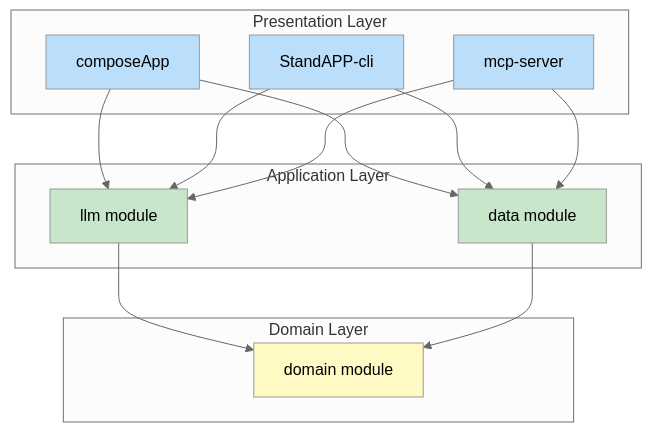
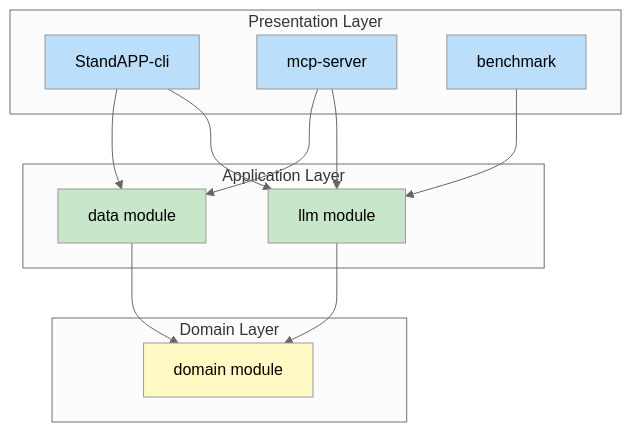
The first of 2 diagrams in docs/modules/architecture/pages/04-solution-strategy.adoc (michalharakal/Daily-StandAPP), drawn with Mermaid (neutral theme) before and after one commit. The commit also changed other lines of this file and 10 other files, not shown here.

First line of the commit message:
Update arc42 architecture docs to reflect current codebase

```diff
--- a/docs/modules/architecture/pages/04-solution-strategy.adoc
+++ b/docs/modules/architecture/pages/04-solution-strategy.adoc
@@ -45,35 +41,34 @@
 [mermaid]
 ----
 graph TB
     subgraph "Presentation Layer"
-        UI[composeApp]
         CLI[StandAPP-cli]
         MCP[mcp-server]
+        BENCH[benchmark]
     end
 
     subgraph "Application Layer"
         LLM[llm module]
         DATA[data module]
     end
 
     subgraph "Domain Layer"
         DOMAIN[domain module]
     end
 
-    UI --> LLM
-    UI --> DATA
     CLI --> LLM
     CLI --> DATA
     MCP --> LLM
     MCP --> DATA
+    BENCH --> LLM
 
     LLM --> DOMAIN
     DATA --> DOMAIN
 
-    style UI fill:#bbdefb
     style CLI fill:#bbdefb
     style MCP fill:#bbdefb
+    style BENCH fill:#bbdefb
     style LLM fill:#c8e6c9
     style DATA fill:#c8e6c9
     style DOMAIN fill:#fff9c4
 ----
```
